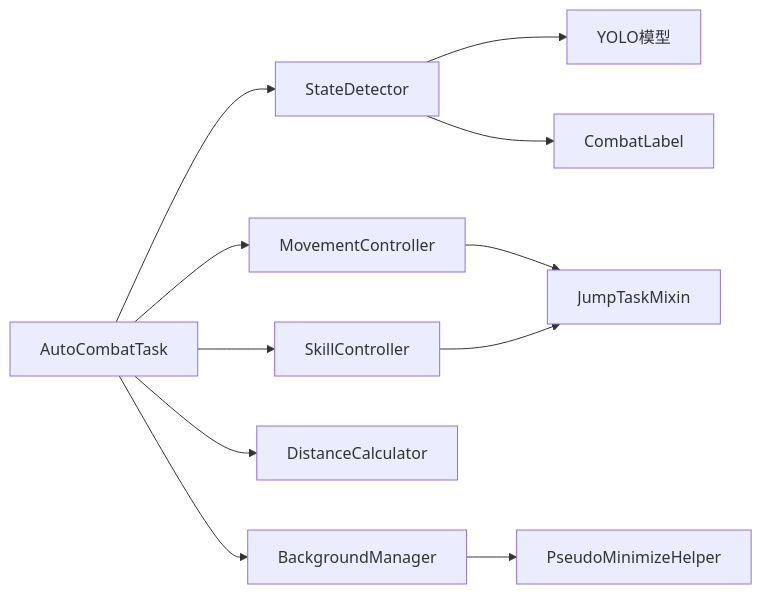
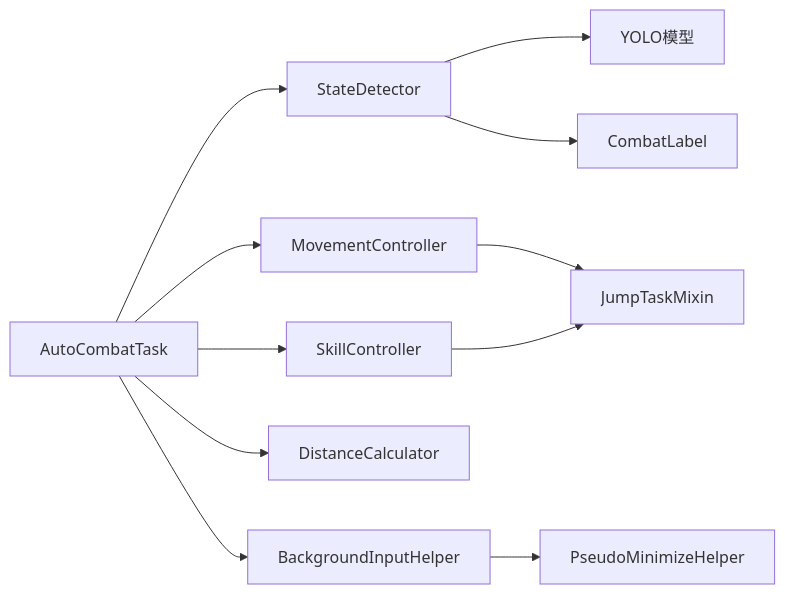
The tenth of 10 diagrams in .qoder/repowiki/zh/content/任务系统/自动战斗任务.md (xsy098-max/ok-jump), drawn with Mermaid before and after one commit. The commit also changed other lines of this file and 22 other files, not shown here.

````diff
--- a/.qoder/repowiki/zh/content/任务系统/自动战斗任务.md
+++ b/.qoder/repowiki/zh/content/任务系统/自动战斗任务.md
@@ -328,13 +387,13 @@
 ```mermaid
 graph LR
 ACT["AutoCombatTask"] --> SD["StateDetector"]
 ACT --> MC["MovementController"]
 ACT --> SC["SkillController"]
 ACT --> DC["DistanceCalculator"]
-ACT --> BM["BackgroundManager"]
+ACT --> BIH["BackgroundInputHelper"]
 SD --> YO["YOLO模型"]
 SD --> CL["CombatLabel"]
 MC --> Mix["JumpTaskMixin"]
 SC --> Mix
-BM --> PMH["PseudoMinimizeHelper"]
+BIH --> PMH["PseudoMinimizeHelper"]
 ```
````
